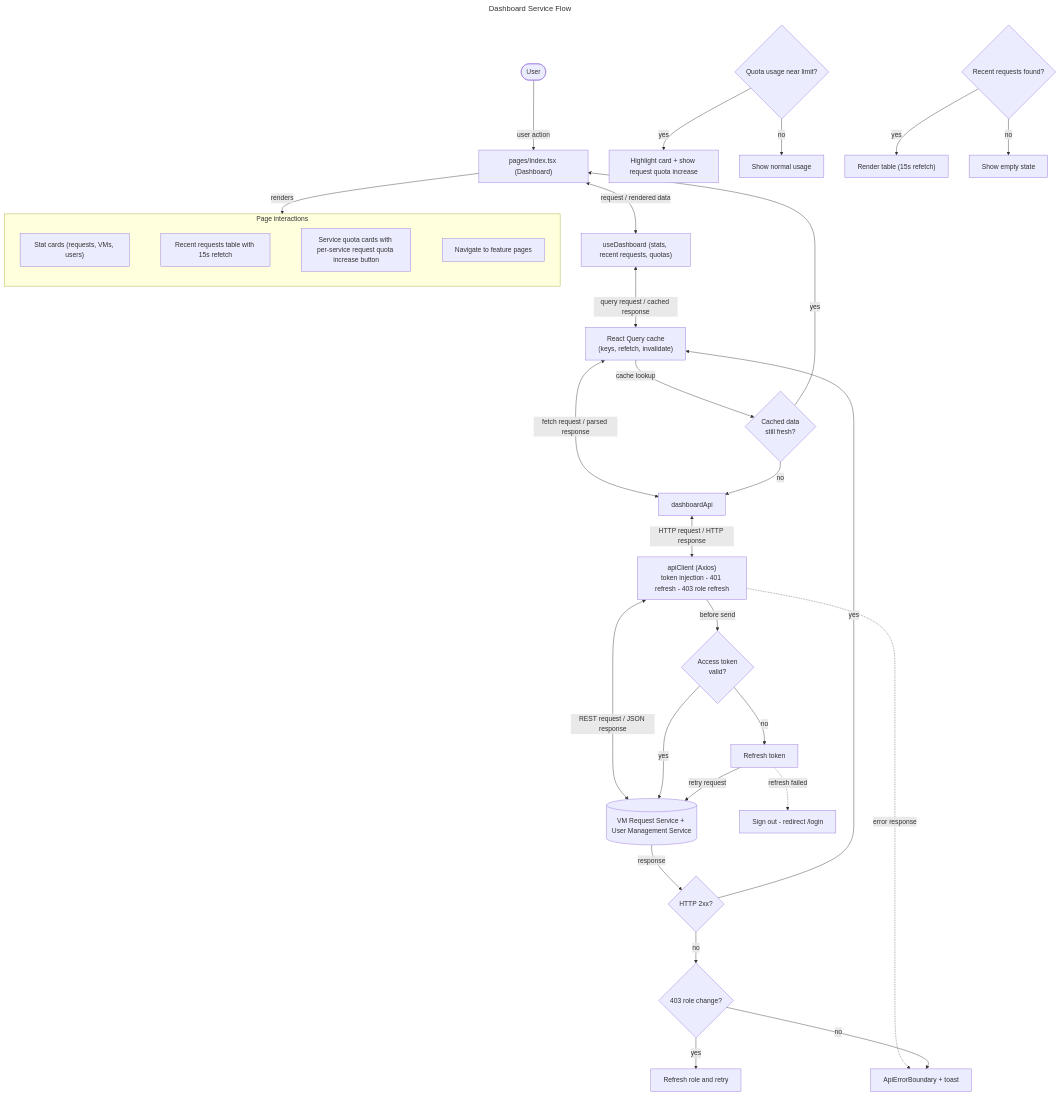
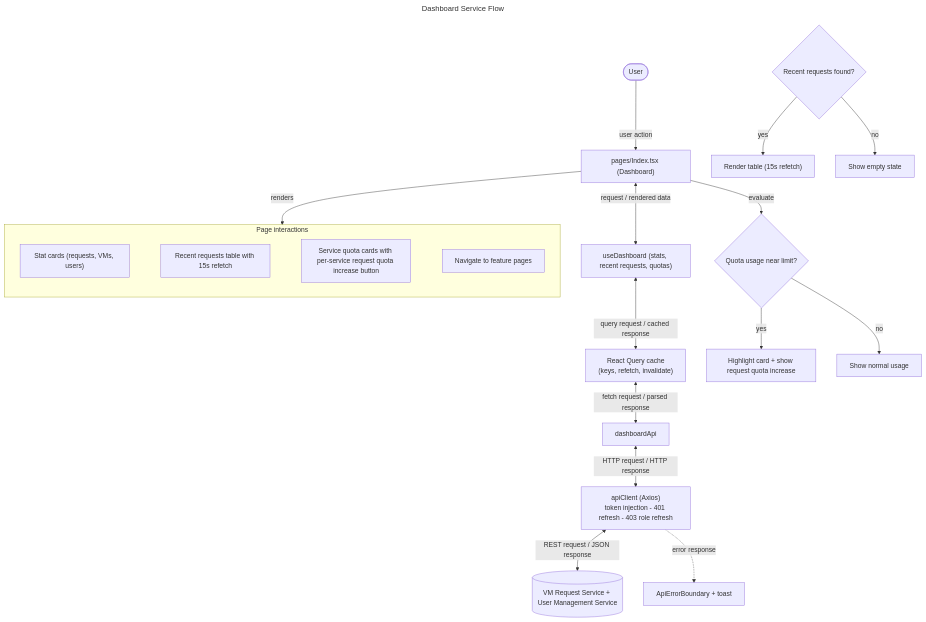
One commit to sayeeduddinofficial/user-table-view changed the diagram in docs/flowcharts/dashboard.mmd. Above: the diagram before and after it, drawn with Mermaid. The commit also changed 18 other files, not shown here.

```diff
--- a/docs/flowcharts/dashboard.mmd
+++ b/docs/flowcharts/dashboard.mmd
@@ -1,40 +1,27 @@
 ---
 title: Dashboard Service Flow
 ---
 flowchart TD
   U([User]) -->|"user action"| P["pages/Index.tsx (Dashboard)"]
   P <-->|"request / rendered data"| H["useDashboard (stats, recent requests, quotas)"]
   H <-->|"query request / cached response"| Q["React Query cache<br/>(keys, refetch, invalidate)"]
   Q <-->|"fetch request / parsed response"| A["dashboardApi"]
   A <-->|"HTTP request / HTTP response"| C["apiClient (Axios)<br/>token injection - 401 refresh - 403 role refresh"]
   C <-->|"REST request / JSON response"| S[("VM Request Service + User Management Service")]
   P -->|"renders"| UI
   subgraph UI[Page interactions]
     direction LR
     S0["Stat cards (requests, VMs, users)"]
     S1["Recent requests table with 15s refetch"]
     S2["Service quota cards with per-service request quota increase button"]
     S3["Navigate to feature pages"]
     S0 ~~~ S1 ~~~ S2 ~~~ S3
   end
   C -. "error response" .-> E["ApiErrorBoundary + toast"]
 
-  %% ---- Condition-based paths ----
-  Q -->|"cache lookup"| D1{"Cached data<br/>still fresh?"}
-  D1 -->|"yes"| P
-  D1 -->|"no"| A
-  C -->|"before send"| D2{"Access token<br/>valid?"}
-  D2 -->|"yes"| S
-  D2 -->|"no"| RT["Refresh token"]
-  RT -->|"retry request"| S
-  RT -. "refresh failed" .-> LO["Sign out - redirect /login"]
-  S -->|"response"| D3{"HTTP 2xx?"}
-  D3 -->|"yes"| Q
-  D3 -->|"no"| D4{"403 role change?"}
-  D4 -->|"yes"| RR["Refresh role and retry"]
-  D4 -->|"no"| E
-  %% ---- Service specific decisions ----
+  %% ---- Key decisions ----
+  P -->|"evaluate"| X0
   X0{"Quota usage near limit?"} -->|"yes"| X1["Highlight card + show request quota increase"]
   X0 -->|"no"| X2["Show normal usage"]
   X3{"Recent requests found?"} -->|"yes"| X4["Render table (15s refetch)"]
   X3 -->|"no"| X5["Show empty state"]
```
